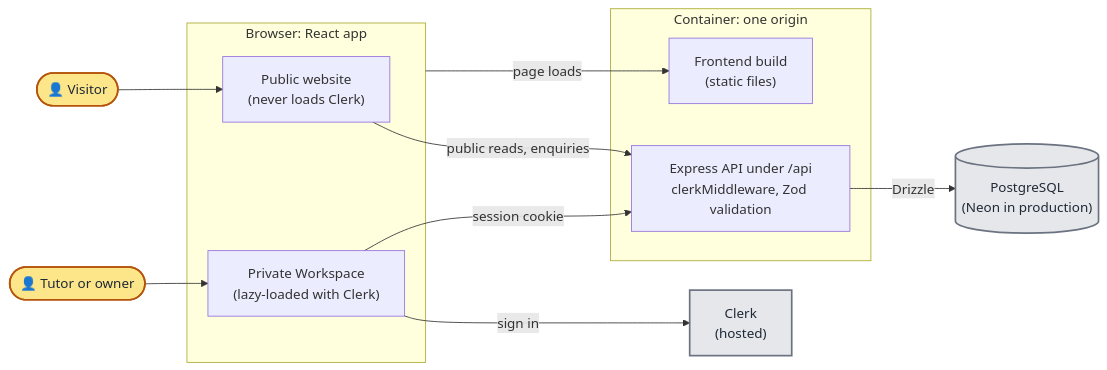
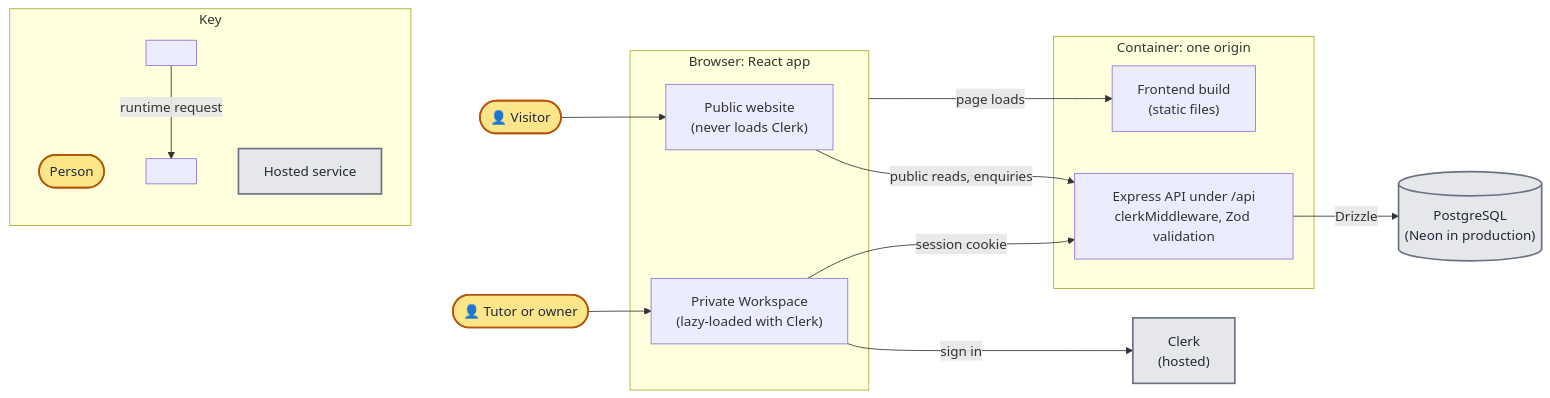
The first of 2 diagrams in docs/architecture.md (sumau/welltutored), drawn with Mermaid before and after one commit. The commit also changed other lines of this file, not shown here.

Commit message:
Put a smaller key on the left of the architecture diagram

````diff
--- a/docs/architecture.md
+++ b/docs/architecture.md
@@ -14,27 +14,36 @@
 ```mermaid
 flowchart LR
   visitor(["👤 Visitor"]) --> public
   tutor(["👤 Tutor or owner"]) --> workspace
   classDef person fill:#fde68a,stroke:#b45309,stroke-width:2px,color:#1f2937
   class visitor,tutor person
 
   subgraph browser["Browser: React app"]
     public["Public website<br/>(never loads Clerk)"]
     workspace["Private Workspace<br/>(lazy-loaded with Clerk)"]
   end
 
   workspace -- "sign in" --> clerk["Clerk<br/>(hosted)"]
 
   subgraph container["Container: one origin"]
     static["Frontend build<br/>(static files)"]
     api["Express API under /api<br/>clerkMiddleware, Zod validation"]
   end
 
   browser -- "page loads" --> static
   public -- "public reads, enquiries" --> api
   workspace -- "session cookie" --> api
   api -- "Drizzle" --> db[("PostgreSQL<br/>(Neon in production)")]
 
   classDef external fill:#e5e7eb,stroke:#6b7280,stroke-width:2px,color:#1f2937
   class clerk,db external
+
+  subgraph key["Key"]
+    keyPerson(["Person"])
+    keyHosted["Hosted service"]
+    keyFrom[" "] -- "runtime request" --> keyTo[" "]
+  end
+  class keyPerson person
+  class keyHosted external
+  key ~~~ visitor
 ```
````
